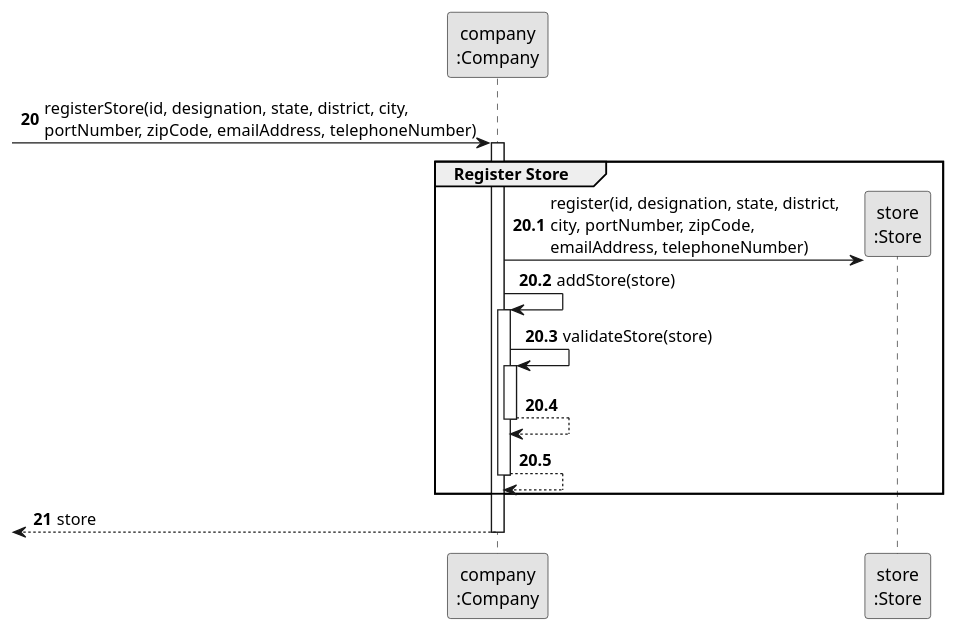
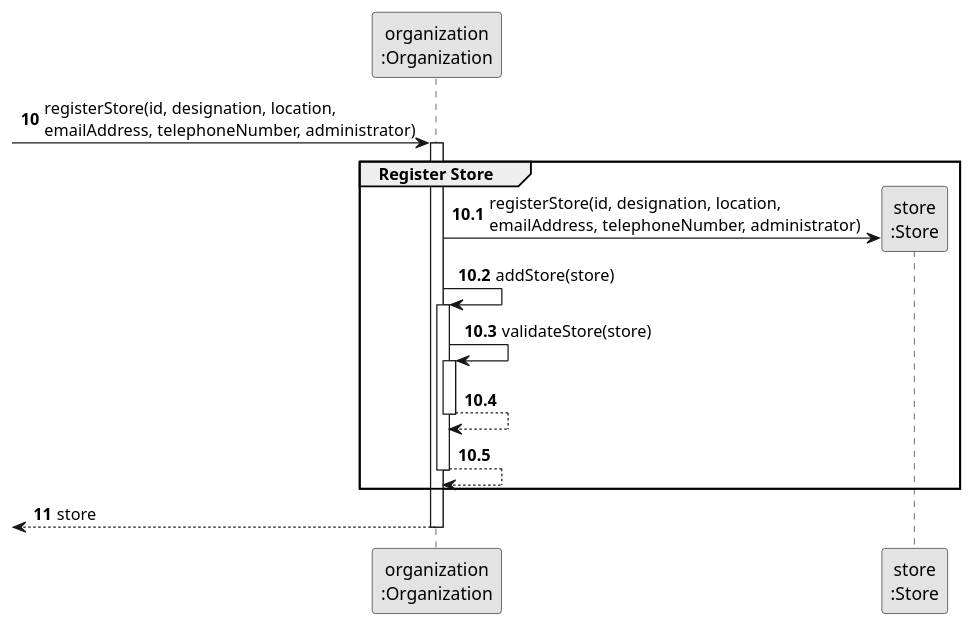
One commit to Rodrick0209/ISEP-LAPR2-22-23 changed the diagram in docs/Sprint-B/US005/03.design/puml/us005-sequence-diagram-partial-register-store.puml. Above: the diagram before and after it, drawn with PlantUML. The commit also changed 18 other files, not shown here.

Commit message:
US006 Design (SD & Class Diagram) & Tests and Implementation

```diff
--- a/docs/Sprint-B/US005/03.design/puml/us005-sequence-diagram-partial-register-store.puml
+++ b/docs/Sprint-B/US005/03.design/puml/us005-sequence-diagram-partial-register-store.puml
@@ -1,34 +1,34 @@
 @startuml
 skinparam monochrome true
 skinparam packageStyle rectangle
 skinparam shadowing false
 
-participant "company\n:Company" as Company
+participant "organization\n:Organization" as Organization
 participant "store\n:Store" as Store
 
-autonumber 20
--> Company: registerStore(id, designation, state, district, city, \nportNumber, zipCode, emailAddress, telephoneNumber)
+autonumber 10
+-> Organization: registerStore(id, designation, location, \nemailAddress, telephoneNumber, administrator)
 
-autonumber 20.1
-activate Company
+autonumber 10.1
+activate Organization
     group Register Store
 
-        Company -> Store**: register(id, designation, state, district, \ncity, portNumber, zipCode, \nemailAddress, telephoneNumber)
-            Company -> Company: addStore(store)
+        Organization -> Store**: registerStore(id, designation, location, \nemailAddress, telephoneNumber, administrator)
+            Organization -> Organization: addStore(store)
             deactivate Store
-        activate Company
-            Company -> Company: validateStore(store)
-            activate Company
-                Company --> Company
-            deactivate Company
+        activate Organization
+            Organization -> Organization: validateStore(store)
+            activate Organization
+                Organization --> Organization
+            deactivate Organization
 
-            Company --> Company
-        deactivate Company
+            Organization --> Organization
+        deactivate Organization
     end
 
-    autonumber 21
-    <-- Company : store
-deactivate Company
+    autonumber 11
+    <-- Organization : store
+deactivate Organization
 
 
 @enduml
```
